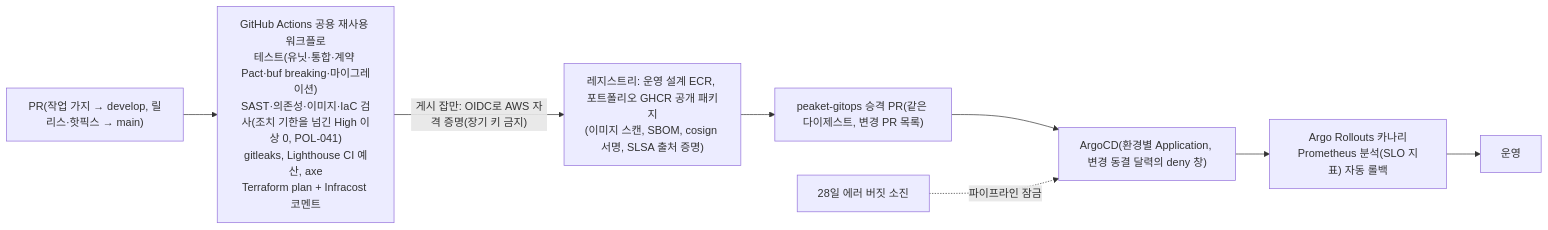
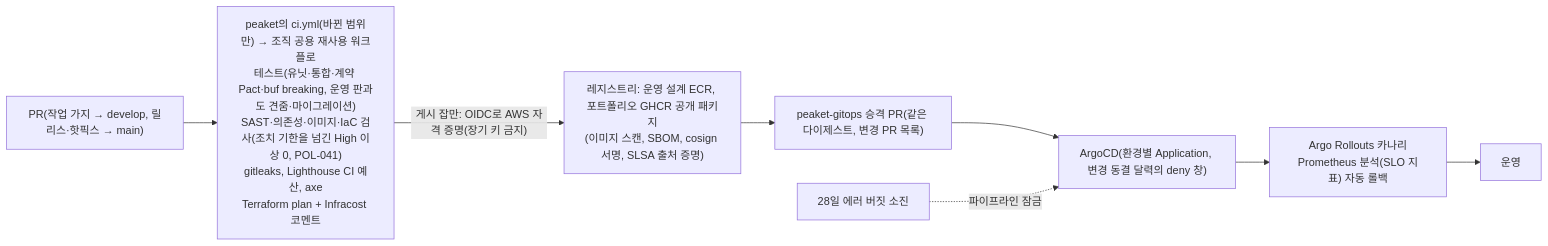
The sixth of 6 diagrams in docs/infra.md (peaket/peaket), drawn with Mermaid before and after one commit. The commit also changed other lines of this file and 49 other files, not shown here.

First line of the commit message:
docs: 저장소를 14개에서 4개로 줄인다 — 모노레포 peaket과 GitOps·조직 공용 워크플로·비공개 부하 시험(R-192, ADR-0165)

````diff
--- a/docs/infra.md
+++ b/docs/infra.md
@@ -403,10 +403,10 @@
 ```mermaid
 flowchart LR
-    PR["PR(작업 가지 → develop, 릴리스·핫픽스 → main)"] --> CI["GitHub Actions 공용 재사용 워크플로\n테스트(유닛·통합·계약 Pact·buf breaking·마이그레이션)\nSAST·의존성·이미지·IaC 검사(조치 기한을 넘긴 High 이상 0, POL-041)\ngitleaks, Lighthouse CI 예산, axe\nTerraform plan + Infracost 코멘트"]
+    PR["PR(작업 가지 → develop, 릴리스·핫픽스 → main)"] --> CI["peaket의 ci.yml(바뀐 범위만) → 조직 공용 재사용 워크플로\n테스트(유닛·통합·계약 Pact·buf breaking, 운영 판과도 견줌·마이그레이션)\nSAST·의존성·이미지·IaC 검사(조치 기한을 넘긴 High 이상 0, POL-041)\ngitleaks, Lighthouse CI 예산, axe\nTerraform plan + Infracost 코멘트"]
     CI -->|"게시 잡만: OIDC로 AWS 자격 증명(장기 키 금지)"| ECR["레지스트리: 운영 설계 ECR, 포트폴리오 GHCR 공개 패키지\n(이미지 스캔, SBOM, cosign 서명, SLSA 출처 증명)"]
     ECR --> GITOPS["peaket-gitops 승격 PR(같은 다이제스트, 변경 PR 목록)"]
     GITOPS --> ARGO["ArgoCD(환경별 Application, 변경 동결 달력의 deny 창)"]
     ARGO --> ROLL["Argo Rollouts 카나리\nPrometheus 분석(SLO 지표) 자동 롤백"]
     ROLL --> PROD["운영"]
     BUDGET["28일 에러 버짓 소진"] -.파이프라인 잠금.-> ARGO
 ```
````
